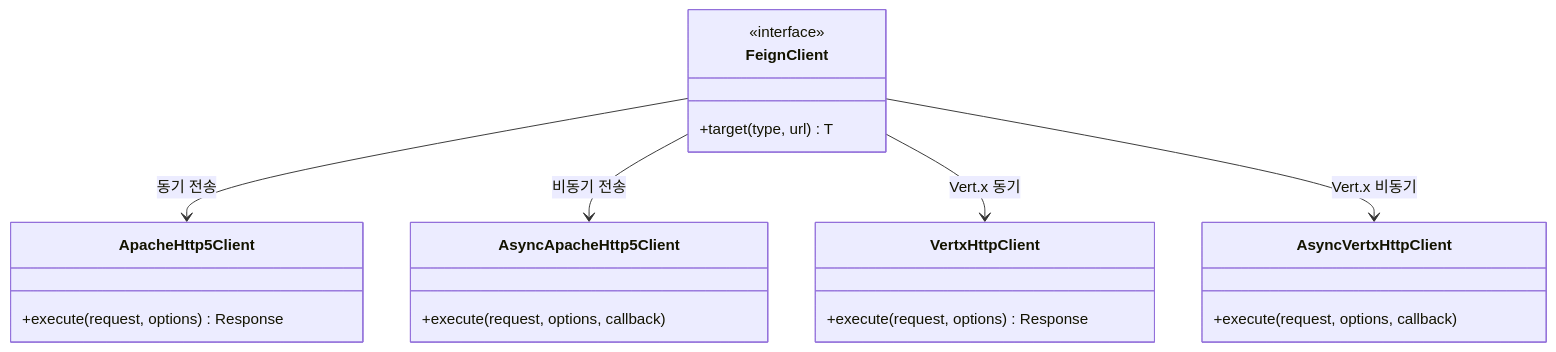
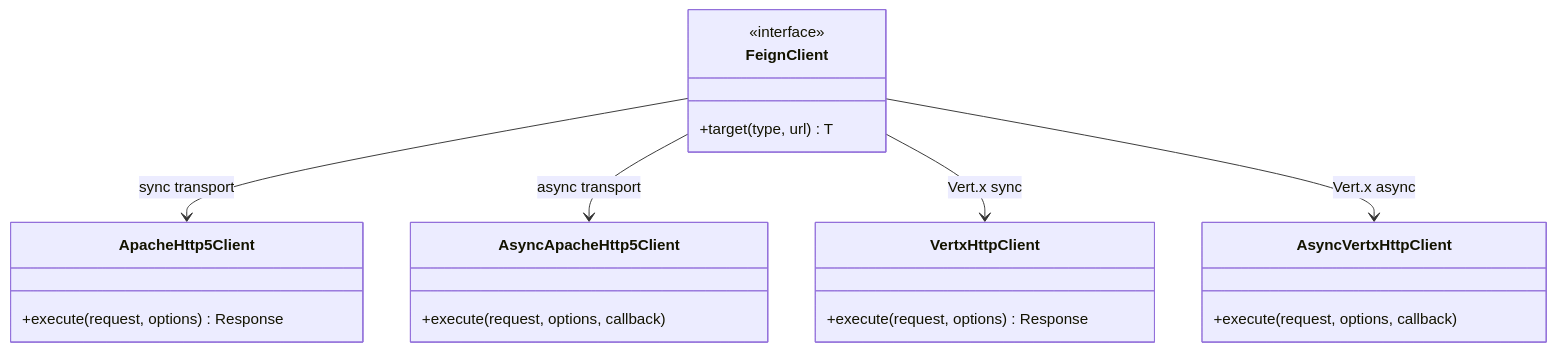
The first of 3 diagrams in io/feign/README.md (bluetape4k/bluetape4k-projects), drawn with Mermaid before and after one commit. The commit also changed other lines of this file and 265 other files, not shown here.

````diff
--- a/io/feign/README.md
+++ b/io/feign/README.md
@@ -96,25 +98,25 @@
 ```mermaid
 classDiagram
     class FeignClient {
         <<interface>>
         +target(type, url) T
     }
     class ApacheHttp5Client {
         +execute(request, options) Response
     }
     class AsyncApacheHttp5Client {
         +execute(request, options, callback)
     }
     class VertxHttpClient {
         +execute(request, options) Response
     }
     class AsyncVertxHttpClient {
         +execute(request, options, callback)
     }
 
-    FeignClient --> ApacheHttp5Client : 동기 전송
-    FeignClient --> AsyncApacheHttp5Client : 비동기 전송
-    FeignClient --> VertxHttpClient : Vert.x 동기
-    FeignClient --> AsyncVertxHttpClient : Vert.x 비동기
+    FeignClient --> ApacheHttp5Client : sync transport
+    FeignClient --> AsyncApacheHttp5Client : async transport
+    FeignClient --> VertxHttpClient : Vert.x sync
+    FeignClient --> AsyncVertxHttpClient : Vert.x async
 
 ```
````
